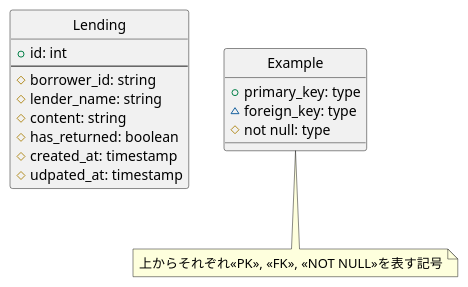
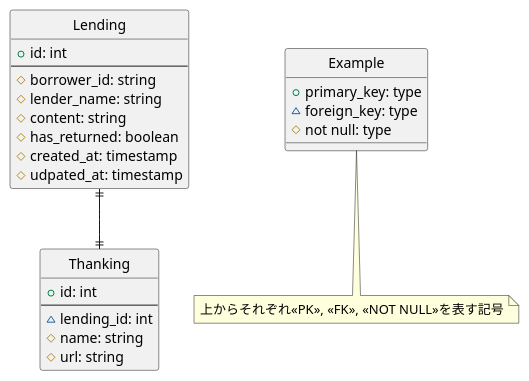
One commit to TOMOFUMI-KONDO/intern-line-bot changed the diagram in document/er.puml. Above: the diagram before and after it, drawn with PlantUML.

Commit message:
Added Thanking model to erd

```diff
--- a/document/er.puml
+++ b/document/er.puml
@@ -1,24 +1,34 @@
 @startuml
 
 hide circle
 skinparam inetype ortho
 
 entity Lending {
     +id: int
     --
     #borrower_id: string
     #lender_name: string
     #content: string
     #has_returned: boolean
     #created_at: timestamp
     #udpated_at: timestamp
 }
 
+entity Thanking {
+    +id: int
+    --
+    ~lending_id: int
+    #name: string
+    #url: string
+}
+
+Lending ||--|| Thanking
+
 entity Example {
     +primary_key: type
     ~foreign_key: type
     #not null: type
 }
 note bottom: 上からそれぞれ<<PK>>, <<FK>>, <<NOT NULL>>を表す記号
 
 @enduml
```
